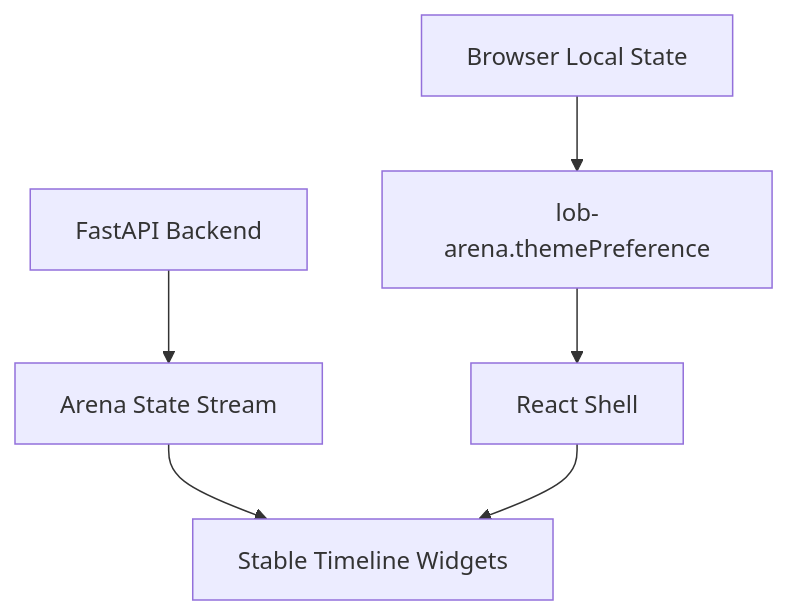
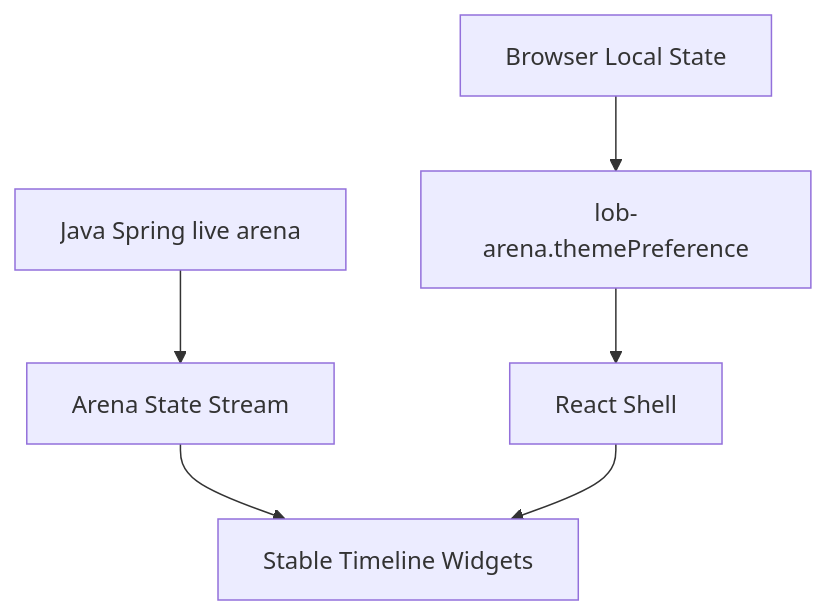
The diagram in docs/architecture/ARD-0013-ui-shell-preferences.md (khab40/lob-arena), drawn with Mermaid before and after one commit. The commit also changed 24 other files, not shown here.

````diff
--- a/docs/architecture/ARD-0013-ui-shell-preferences.md
+++ b/docs/architecture/ARD-0013-ui-shell-preferences.md
@@ -50,15 +50,15 @@
 ```mermaid
 graph TD
     Browser["Browser Local State"]
     Theme["lob-arena.themePreference"]
     Shell["React Shell"]
-    Backend["FastAPI Backend"]
+    Backend["Java Spring live arena"]
     Arena["Arena State Stream"]
     Visuals["Stable Timeline Widgets"]
 
     Browser --> Theme
     Theme --> Shell
     Backend --> Arena
     Arena --> Visuals
     Shell --> Visuals
 ```
````
